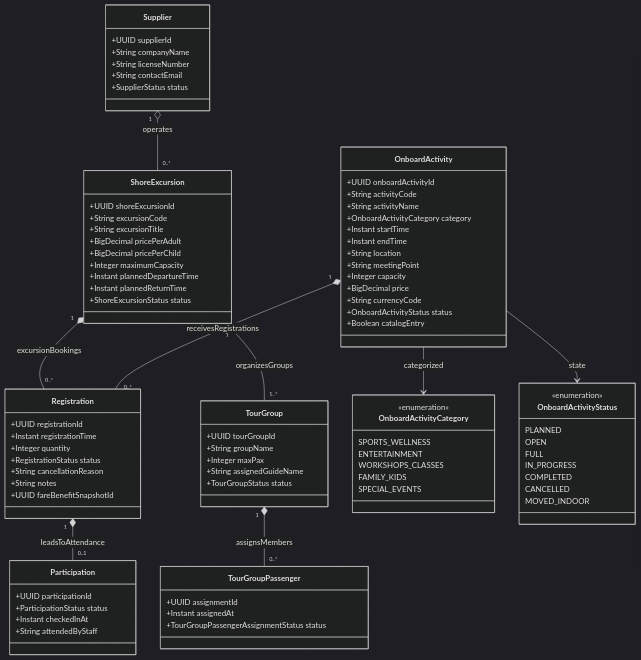
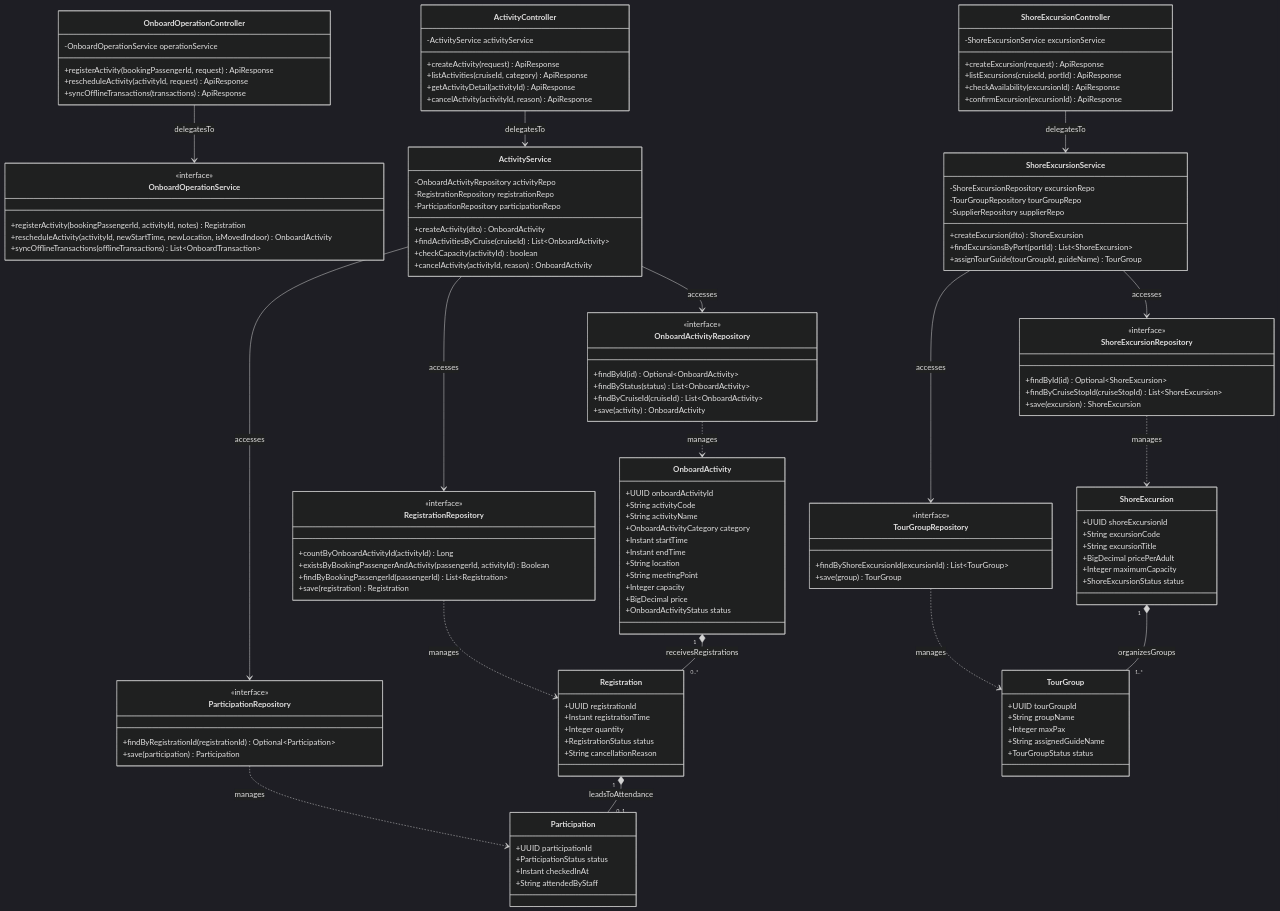
The diagram in docs/class-diagrams/06-activity-excursions.md (ShiroSs00/CASMS_Backend), drawn with Mermaid (dark theme) before and after one commit. The commit also changed other lines of this file and 13 other files, not shown here.

Commit message:
docs: enrich class diagrams with full 4-tier design (Controller, Service, Repository, Entity)

````diff
--- a/docs/class-diagrams/06-activity-excursions.md
+++ b/docs/class-diagrams/06-activity-excursions.md
@@ -8,6 +8,94 @@
 classDiagram
     direction TB
 
+    %% 1. Controller Layer
+    class OnboardOperationController {
+        -OnboardOperationService operationService
+        +registerActivity(bookingPassengerId, request) ApiResponse
+        +rescheduleActivity(activityId, request) ApiResponse
+        +syncOfflineTransactions(transactions) ApiResponse
+    }
+
+    class ActivityController {
+        -ActivityService activityService
+        +createActivity(request) ApiResponse
+        +listActivities(cruiseId, category) ApiResponse
+        +getActivityDetail(activityId) ApiResponse
+        +cancelActivity(activityId, reason) ApiResponse
+    }
+
+    class ShoreExcursionController {
+        -ShoreExcursionService excursionService
+        +createExcursion(request) ApiResponse
+        +listExcursions(cruiseId, portId) ApiResponse
+        +checkAvailability(excursionId) ApiResponse
+        +confirmExcursion(excursionId) ApiResponse
+    }
+
+    %% 2. Service Layer
+    class OnboardOperationService {
+        <<interface>>
+        +registerActivity(bookingPassengerId, activityId, notes) Registration
+        +rescheduleActivity(activityId, newStartTime, newLocation, isMovedIndoor) OnboardActivity
+        +syncOfflineTransactions(offlineTransactions) List~OnboardTransaction~
+    }
+
+    class ActivityService {
+        -OnboardActivityRepository activityRepo
+        -RegistrationRepository registrationRepo
+        -ParticipationRepository participationRepo
+        +createActivity(dto) OnboardActivity
+        +findActivitiesByCruise(cruiseId) List~OnboardActivity~
+        +checkCapacity(activityId) boolean
+        +cancelActivity(activityId, reason) OnboardActivity
+    }
+
+    class ShoreExcursionService {
+        -ShoreExcursionRepository excursionRepo
+        -TourGroupRepository tourGroupRepo
+        -SupplierRepository supplierRepo
+        +createExcursion(dto) ShoreExcursion
+        +findExcursionsByPort(portId) List~ShoreExcursion~
+        +assignTourGuide(tourGroupId, guideName) TourGroup
+    }
+
+    %% 3. Repository Layer
+    class OnboardActivityRepository {
+        <<interface>>
+        +findById(id) Optional~OnboardActivity~
+        +findByStatus(status) List~OnboardActivity~
+        +findByCruiseId(cruiseId) List~OnboardActivity~
+        +save(activity) OnboardActivity
+    }
+
+    class RegistrationRepository {
+        <<interface>>
+        +countByOnboardActivityId(activityId) Long
+        +existsByBookingPassengerAndActivity(passengerId, activityId) Boolean
+        +findByBookingPassengerId(passengerId) List~Registration~
+        +save(registration) Registration
+    }
+
+    class ParticipationRepository {
+        <<interface>>
+        +findByRegistrationId(registrationId) Optional~Participation~
+        +save(participation) Participation
+    }
+
+    class ShoreExcursionRepository {
+        <<interface>>
+        +findById(id) Optional~ShoreExcursion~
+        +findByCruiseStopId(cruiseStopId) List~ShoreExcursion~
+        +save(excursion) ShoreExcursion
+    }
+
+    class TourGroupRepository {
+        <<interface>>
+        +findByShoreExcursionId(excursionId) List~TourGroup~
+        +save(group) TourGroup
+    }
+
+    %% 4. Entity Layer
     class OnboardActivity {
         +UUID onboardActivityId
         +String activityCode
@@ -19,9 +107,7 @@
         +String meetingPoint
         +Integer capacity
         +BigDecimal price
-        +String currencyCode
         +OnboardActivityStatus status
-        +Boolean catalogEntry
     }
 
     class Registration {
@@ -30,8 +116,6 @@
         +Integer quantity
         +RegistrationStatus status
         +String cancellationReason
-        +String notes
-        +UUID fareBenefitSnapshotId
     }
 
     class Participation {
@@ -46,10 +130,7 @@
         +String excursionCode
         +String excursionTitle
         +BigDecimal pricePerAdult
-        +BigDecimal pricePerChild
         +Integer maximumCapacity
-        +Instant plannedDepartureTime
-        +Instant plannedReturnTime
         +ShoreExcursionStatus status
     }
 
@@ -61,47 +142,24 @@
         +TourGroupStatus status
     }
 
-    class TourGroupPassenger {
-        +UUID assignmentId
-        +Instant assignedAt
-        +TourGroupPassengerAssignmentStatus status
-    }
+    %% Inter-Layer and Domain Relationships
+    OnboardOperationController --> OnboardOperationService : delegatesTo
+    ActivityController --> ActivityService : delegatesTo
+    ShoreExcursionController --> ShoreExcursionService : delegatesTo
 
-    class Supplier {
-        +UUID supplierId
-        +String companyName
-        +String licenseNumber
-        +String contactEmail
-        +SupplierStatus status
-    }
+    ActivityService --> OnboardActivityRepository : accesses
+    ActivityService --> RegistrationRepository : accesses
+    ActivityService --> ParticipationRepository : accesses
+    ShoreExcursionService --> ShoreExcursionRepository : accesses
+    ShoreExcursionService --> TourGroupRepository : accesses
 
-    class OnboardActivityCategory {
-        <<enumeration>>
-        SPORTS_WELLNESS
-        ENTERTAINMENT
-        WORKSHOPS_CLASSES
-        FAMILY_KIDS
-        SPECIAL_EVENTS
-    }
+    OnboardActivityRepository ..> OnboardActivity : manages
+    RegistrationRepository ..> Registration : manages
+    ParticipationRepository ..> Participation : manages
+    ShoreExcursionRepository ..> ShoreExcursion : manages
+    TourGroupRepository ..> TourGroup : manages
 
-    class OnboardActivityStatus {
-        <<enumeration>>
-        PLANNED
-        OPEN
-        FULL
-        IN_PROGRESS
-        COMPLETED
-        CANCELLED
-        MOVED_INDOOR
-    }
-
-    %% Relationships
     OnboardActivity "1" *-- "0..*" Registration : receivesRegistrations
     Registration "1" *-- "0..1" Participation : leadsToAttendance
-    ShoreExcursion "1" *-- "0..*" Registration : excursionBookings
     ShoreExcursion "1" *-- "1..*" TourGroup : organizesGroups
-    TourGroup "1" *-- "0..*" TourGroupPassenger : assignsMembers
-    Supplier "1" o-- "0..*" ShoreExcursion : operates
-    OnboardActivity --> OnboardActivityCategory : categorized
-    OnboardActivity --> OnboardActivityStatus : state
 ```
````
